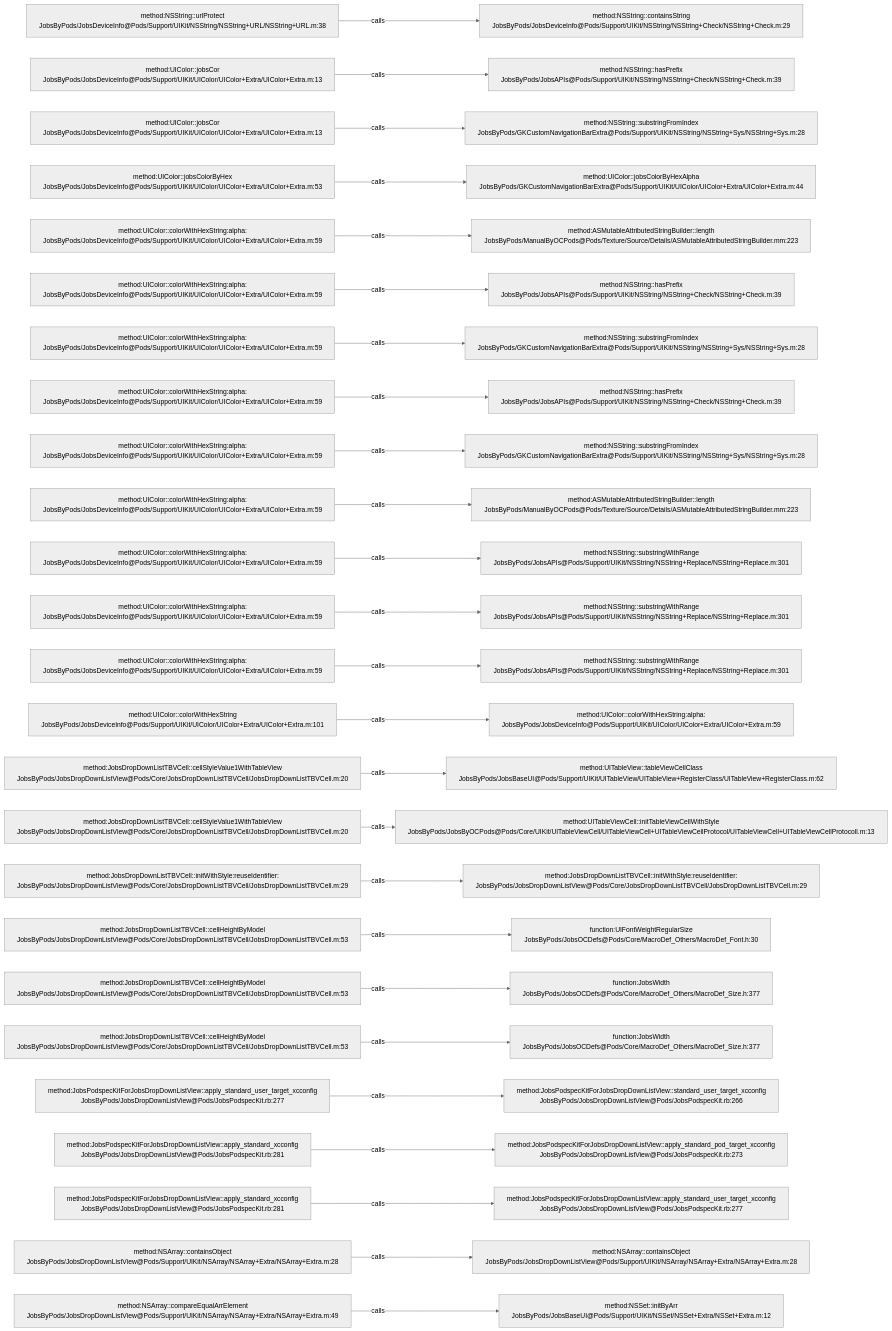
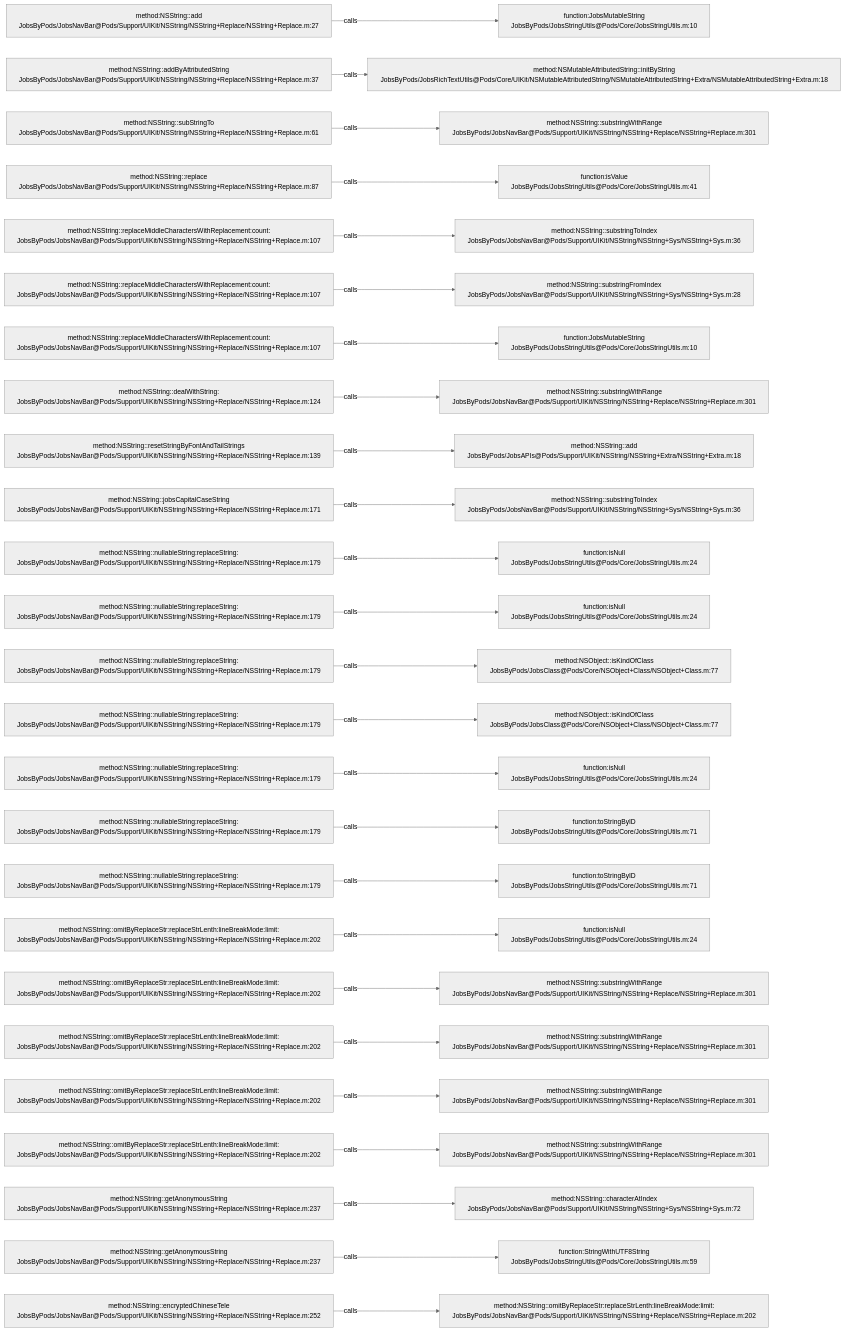
Before and after one commit to JobsKits/JobsOCBaseConfigDemo: the diagram in .codegraph/codegraph.md/graphs/calls-120.md, drawn with Mermaid (neutral theme). The commit also changed 1026 other files, not shown here.

````diff
--- a/.codegraph/codegraph.md/graphs/calls-120.md
+++ b/.codegraph/codegraph.md/graphs/calls-120.md
@@ -13,78 +13,78 @@
 ```mermaid
 flowchart LR
-  S1["method:NSString::urlProtect<br/>JobsByPods/JobsDeviceInfo@Pods/Support/UIKit/NSString/NSString+URL/NSString+URL.m:38"]
-  T1["method:NSString::containsString<br/>JobsByPods/JobsDeviceInfo@Pods/Support/UIKit/NSString/NSString+Check/NSString+Check.m:29"]
+  S1["method:NSString::add<br/>JobsByPods/JobsNavBar@Pods/Support/UIKit/NSString/NSString+Replace/NSString+Replace.m:27"]
+  T1["function:JobsMutableString<br/>JobsByPods/JobsStringUtils@Pods/Core/JobsStringUtils.m:10"]
   S1 -->|calls| T1
-  S2["method:UIColor::jobsCor<br/>JobsByPods/JobsDeviceInfo@Pods/Support/UIKit/UIColor/UIColor+Extra/UIColor+Extra.m:13"]
-  T2["method:NSString::hasPrefix<br/>JobsByPods/JobsAPIs@Pods/Support/UIKit/NSString/NSString+Check/NSString+Check.m:39"]
+  S2["method:NSString::addByAttributedString<br/>JobsByPods/JobsNavBar@Pods/Support/UIKit/NSString/NSString+Replace/NSString+Replace.m:37"]
+  T2["method:NSMutableAttributedString::initByString<br/>JobsByPods/JobsRichTextUtils@Pods/Core/UIKit/NSMutableAttributedString/NSMutableAttributedString+Extra/NSMutableAttributedString+Extra.m:18"]
   S2 -->|calls| T2
-  S3["method:UIColor::jobsCor<br/>JobsByPods/JobsDeviceInfo@Pods/Support/UIKit/UIColor/UIColor+Extra/UIColor+Extra.m:13"]
-  T3["method:NSString::substringFromIndex<br/>JobsByPods/GKCustomNavigationBarExtra@Pods/Support/UIKit/NSString/NSString+Sys/NSString+Sys.m:28"]
+  S3["method:NSString::subStringTo<br/>JobsByPods/JobsNavBar@Pods/Support/UIKit/NSString/NSString+Replace/NSString+Replace.m:61"]
+  T3["method:NSString::substringWithRange<br/>JobsByPods/JobsNavBar@Pods/Support/UIKit/NSString/NSString+Replace/NSString+Replace.m:301"]
   S3 -->|calls| T3
-  S4["method:UIColor::jobsColorByHex<br/>JobsByPods/JobsDeviceInfo@Pods/Support/UIKit/UIColor/UIColor+Extra/UIColor+Extra.m:53"]
-  T4["method:UIColor::jobsColorByHexAlpha<br/>JobsByPods/GKCustomNavigationBarExtra@Pods/Support/UIKit/UIColor/UIColor+Extra/UIColor+Extra.m:44"]
+  S4["method:NSString::replace<br/>JobsByPods/JobsNavBar@Pods/Support/UIKit/NSString/NSString+Replace/NSString+Replace.m:87"]
+  T4["function:isValue<br/>JobsByPods/JobsStringUtils@Pods/Core/JobsStringUtils.m:41"]
   S4 -->|calls| T4
-  S5["method:UIColor::colorWithHexString:alpha:<br/>JobsByPods/JobsDeviceInfo@Pods/Support/UIKit/UIColor/UIColor+Extra/UIColor+Extra.m:59"]
-  T5["method:ASMutableAttributedStringBuilder::length<br/>JobsByPods/ManualByOCPods@Pods/Texture/Source/Details/ASMutableAttributedStringBuilder.mm:223"]
+  S5["method:NSString::replaceMiddleCharactersWithReplacement:count:<br/>JobsByPods/JobsNavBar@Pods/Support/UIKit/NSString/NSString+Replace/NSString+Replace.m:107"]
+  T5["method:NSString::substringToIndex<br/>JobsByPods/JobsNavBar@Pods/Support/UIKit/NSString/NSString+Sys/NSString+Sys.m:36"]
   S5 -->|calls| T5
-  S6["method:UIColor::colorWithHexString:alpha:<br/>JobsByPods/JobsDeviceInfo@Pods/Support/UIKit/UIColor/UIColor+Extra/UIColor+Extra.m:59"]
-  T6["method:NSString::hasPrefix<br/>JobsByPods/JobsAPIs@Pods/Support/UIKit/NSString/NSString+Check/NSString+Check.m:39"]
+  S6["method:NSString::replaceMiddleCharactersWithReplacement:count:<br/>JobsByPods/JobsNavBar@Pods/Support/UIKit/NSString/NSString+Replace/NSString+Replace.m:107"]
+  T6["method:NSString::substringFromIndex<br/>JobsByPods/JobsNavBar@Pods/Support/UIKit/NSString/NSString+Sys/NSString+Sys.m:28"]
   S6 -->|calls| T6
-  S7["method:UIColor::colorWithHexString:alpha:<br/>JobsByPods/JobsDeviceInfo@Pods/Support/UIKit/UIColor/UIColor+Extra/UIColor+Extra.m:59"]
-  T7["method:NSString::substringFromIndex<br/>JobsByPods/GKCustomNavigationBarExtra@Pods/Support/UIKit/NSString/NSString+Sys/NSString+Sys.m:28"]
+  S7["method:NSString::replaceMiddleCharactersWithReplacement:count:<br/>JobsByPods/JobsNavBar@Pods/Support/UIKit/NSString/NSString+Replace/NSString+Replace.m:107"]
+  T7["function:JobsMutableString<br/>JobsByPods/JobsStringUtils@Pods/Core/JobsStringUtils.m:10"]
   S7 -->|calls| T7
-  S8["method:UIColor::colorWithHexString:alpha:<br/>JobsByPods/JobsDeviceInfo@Pods/Support/UIKit/UIColor/UIColor+Extra/UIColor+Extra.m:59"]
-  T8["method:NSString::hasPrefix<br/>JobsByPods/JobsAPIs@Pods/Support/UIKit/NSString/NSString+Check/NSString+Check.m:39"]
+  S8["method:NSString::dealWithString:<br/>JobsByPods/JobsNavBar@Pods/Support/UIKit/NSString/NSString+Replace/NSString+Replace.m:124"]
+  T8["method:NSString::substringWithRange<br/>JobsByPods/JobsNavBar@Pods/Support/UIKit/NSString/NSString+Replace/NSString+Replace.m:301"]
   S8 -->|calls| T8
-  S9["method:UIColor::colorWithHexString:alpha:<br/>JobsByPods/JobsDeviceInfo@Pods/Support/UIKit/UIColor/UIColor+Extra/UIColor+Extra.m:59"]
-  T9["method:NSString::substringFromIndex<br/>JobsByPods/GKCustomNavigationBarExtra@Pods/Support/UIKit/NSString/NSString+Sys/NSString+Sys.m:28"]
+  S9["method:NSString::resetStringByFontAndTailStrings<br/>JobsByPods/JobsNavBar@Pods/Support/UIKit/NSString/NSString+Replace/NSString+Replace.m:139"]
+  T9["method:NSString::add<br/>JobsByPods/JobsAPIs@Pods/Support/UIKit/NSString/NSString+Extra/NSString+Extra.m:18"]
   S9 -->|calls| T9
-  S10["method:UIColor::colorWithHexString:alpha:<br/>JobsByPods/JobsDeviceInfo@Pods/Support/UIKit/UIColor/UIColor+Extra/UIColor+Extra.m:59"]
-  T10["method:ASMutableAttributedStringBuilder::length<br/>JobsByPods/ManualByOCPods@Pods/Texture/Source/Details/ASMutableAttributedStringBuilder.mm:223"]
+  S10["method:NSString::jobsCapitalCaseString<br/>JobsByPods/JobsNavBar@Pods/Support/UIKit/NSString/NSString+Replace/NSString+Replace.m:171"]
+  T10["method:NSString::substringToIndex<br/>JobsByPods/JobsNavBar@Pods/Support/UIKit/NSString/NSString+Sys/NSString+Sys.m:36"]
   S10 -->|calls| T10
-  S11["method:UIColor::colorWithHexString:alpha:<br/>JobsByPods/JobsDeviceInfo@Pods/Support/UIKit/UIColor/UIColor+Extra/UIColor+Extra.m:59"]
-  T11["method:NSString::substringWithRange<br/>JobsByPods/JobsAPIs@Pods/Support/UIKit/NSString/NSString+Replace/NSString+Replace.m:301"]
+  S11["method:NSString::nullableString:replaceString:<br/>JobsByPods/JobsNavBar@Pods/Support/UIKit/NSString/NSString+Replace/NSString+Replace.m:179"]
+  T11["function:isNull<br/>JobsByPods/JobsStringUtils@Pods/Core/JobsStringUtils.m:24"]
   S11 -->|calls| T11
-  S12["method:UIColor::colorWithHexString:alpha:<br/>JobsByPods/JobsDeviceInfo@Pods/Support/UIKit/UIColor/UIColor+Extra/UIColor+Extra.m:59"]
-  T12["method:NSString::substringWithRange<br/>JobsByPods/JobsAPIs@Pods/Support/UIKit/NSString/NSString+Replace/NSString+Replace.m:301"]
+  S12["method:NSString::nullableString:replaceString:<br/>JobsByPods/JobsNavBar@Pods/Support/UIKit/NSString/NSString+Replace/NSString+Replace.m:179"]
+  T12["function:isNull<br/>JobsByPods/JobsStringUtils@Pods/Core/JobsStringUtils.m:24"]
   S12 -->|calls| T12
-  S13["method:UIColor::colorWithHexString:alpha:<br/>JobsByPods/JobsDeviceInfo@Pods/Support/UIKit/UIColor/UIColor+Extra/UIColor+Extra.m:59"]
-  T13["method:NSString::substringWithRange<br/>JobsByPods/JobsAPIs@Pods/Support/UIKit/NSString/NSString+Replace/NSString+Replace.m:301"]
+  S13["method:NSString::nullableString:replaceString:<br/>JobsByPods/JobsNavBar@Pods/Support/UIKit/NSString/NSString+Replace/NSString+Replace.m:179"]
+  T13["method:NSObject::isKindOfClass<br/>JobsByPods/JobsClass@Pods/Core/NSObject+Class/NSObject+Class.m:77"]
   S13 -->|calls| T13
-  S14["method:UIColor::colorWithHexString<br/>JobsByPods/JobsDeviceInfo@Pods/Support/UIKit/UIColor/UIColor+Extra/UIColor+Extra.m:101"]
-  T14["method:UIColor::colorWithHexString:alpha:<br/>JobsByPods/JobsDeviceInfo@Pods/Support/UIKit/UIColor/UIColor+Extra/UIColor+Extra.m:59"]
+  S14["method:NSString::nullableString:replaceString:<br/>JobsByPods/JobsNavBar@Pods/Support/UIKit/NSString/NSString+Replace/NSString+Replace.m:179"]
+  T14["method:NSObject::isKindOfClass<br/>JobsByPods/JobsClass@Pods/Core/NSObject+Class/NSObject+Class.m:77"]
   S14 -->|calls| T14
-  S15["method:JobsDropDownListTBVCell::cellStyleValue1WithTableView<br/>JobsByPods/JobsDropDownListView@Pods/Core/JobsDropDownListTBVCell/JobsDropDownListTBVCell.m:20"]
-  T15["method:UITableView::tableViewCellClass<br/>JobsByPods/JobsBaseUI@Pods/Support/UIKit/UITableView/UITableView+RegisterClass/UITableView+RegisterClass.m:62"]
+  S15["method:NSString::nullableString:replaceString:<br/>JobsByPods/JobsNavBar@Pods/Support/UIKit/NSString/NSString+Replace/NSString+Replace.m:179"]
+  T15["function:isNull<br/>JobsByPods/JobsStringUtils@Pods/Core/JobsStringUtils.m:24"]
   S15 -->|calls| T15
-  S16["method:JobsDropDownListTBVCell::cellStyleValue1WithTableView<br/>JobsByPods/JobsDropDownListView@Pods/Core/JobsDropDownListTBVCell/JobsDropDownListTBVCell.m:20"]
-  T16["method:UITableViewCell::initTableViewCellWithStyle<br/>JobsByPods/JobsByOCPods@Pods/Core/UIKit/UITableViewCell/UITableViewCell+UITableViewCellProtocol/UITableViewCell+UITableViewCellProtocoll.m:13"]
+  S16["method:NSString::nullableString:replaceString:<br/>JobsByPods/JobsNavBar@Pods/Support/UIKit/NSString/NSString+Replace/NSString+Replace.m:179"]
+  T16["function:toStringByID<br/>JobsByPods/JobsStringUtils@Pods/Core/JobsStringUtils.m:71"]
   S16 -->|calls| T16
-  S17["method:JobsDropDownListTBVCell::initWithStyle:reuseIdentifier:<br/>JobsByPods/JobsDropDownListView@Pods/Core/JobsDropDownListTBVCell/JobsDropDownListTBVCell.m:29"]
-  T17["method:JobsDropDownListTBVCell::initWithStyle:reuseIdentifier:<br/>JobsByPods/JobsDropDownListView@Pods/Core/JobsDropDownListTBVCell/JobsDropDownListTBVCell.m:29"]
+  S17["method:NSString::nullableString:replaceString:<br/>JobsByPods/JobsNavBar@Pods/Support/UIKit/NSString/NSString+Replace/NSString+Replace.m:179"]
+  T17["function:toStringByID<br/>JobsByPods/JobsStringUtils@Pods/Core/JobsStringUtils.m:71"]
   S17 -->|calls| T17
-  S18["method:JobsDropDownListTBVCell::cellHeightByModel<br/>JobsByPods/JobsDropDownListView@Pods/Core/JobsDropDownListTBVCell/JobsDropDownListTBVCell.m:53"]
-  T18["function:UIFontWeightRegularSize<br/>JobsByPods/JobsOCDefs@Pods/Core/MacroDef_Others/MacroDef_Font.h:30"]
+  S18["method:NSString::omitByReplaceStr:replaceStrLenth:lineBreakMode:limit:<br/>JobsByPods/JobsNavBar@Pods/Support/UIKit/NSString/NSString+Replace/NSString+Replace.m:202"]
+  T18["function:isNull<br/>JobsByPods/JobsStringUtils@Pods/Core/JobsStringUtils.m:24"]
   S18 -->|calls| T18
-  S19["method:JobsDropDownListTBVCell::cellHeightByModel<br/>JobsByPods/JobsDropDownListView@Pods/Core/JobsDropDownListTBVCell/JobsDropDownListTBVCell.m:53"]
-  T19["function:JobsWidth<br/>JobsByPods/JobsOCDefs@Pods/Core/MacroDef_Others/MacroDef_Size.h:377"]
+  S19["method:NSString::omitByReplaceStr:replaceStrLenth:lineBreakMode:limit:<br/>JobsByPods/JobsNavBar@Pods/Support/UIKit/NSString/NSString+Replace/NSString+Replace.m:202"]
+  T19["method:NSString::substringWithRange<br/>JobsByPods/JobsNavBar@Pods/Support/UIKit/NSString/NSString+Replace/NSString+Replace.m:301"]
   S19 -->|calls| T19
-  S20["method:JobsDropDownListTBVCell::cellHeightByModel<br/>JobsByPods/JobsDropDownListView@Pods/Core/JobsDropDownListTBVCell/JobsDropDownListTBVCell.m:53"]
-  T20["function:JobsWidth<br/>JobsByPods/JobsOCDefs@Pods/Core/MacroDef_Others/MacroDef_Size.h:377"]
+  S20["method:NSString::omitByReplaceStr:replaceStrLenth:lineBreakMode:limit:<br/>JobsByPods/JobsNavBar@Pods/Support/UIKit/NSString/NSString+Replace/NSString+Replace.m:202"]
+  T20["method:NSString::substringWithRange<br/>JobsByPods/JobsNavBar@Pods/Support/UIKit/NSString/NSString+Replace/NSString+Replace.m:301"]
   S20 -->|calls| T20
-  S21["method:JobsPodspecKitForJobsDropDownListView::apply_standard_user_target_xcconfig<br/>JobsByPods/JobsDropDownListView@Pods/JobsPodspecKit.rb:277"]
-  T21["method:JobsPodspecKitForJobsDropDownListView::standard_user_target_xcconfig<br/>JobsByPods/JobsDropDownListView@Pods/JobsPodspecKit.rb:266"]
+  S21["method:NSString::omitByReplaceStr:replaceStrLenth:lineBreakMode:limit:<br/>JobsByPods/JobsNavBar@Pods/Support/UIKit/NSString/NSString+Replace/NSString+Replace.m:202"]
+  T21["method:NSString::substringWithRange<br/>JobsByPods/JobsNavBar@Pods/Support/UIKit/NSString/NSString+Replace/NSString+Replace.m:301"]
   S21 -->|calls| T21
-  S22["method:JobsPodspecKitForJobsDropDownListView::apply_standard_xcconfig<br/>JobsByPods/JobsDropDownListView@Pods/JobsPodspecKit.rb:281"]
-  T22["method:JobsPodspecKitForJobsDropDownListView::apply_standard_pod_target_xcconfig<br/>JobsByPods/JobsDropDownListView@Pods/JobsPodspecKit.rb:273"]
+  S22["method:NSString::omitByReplaceStr:replaceStrLenth:lineBreakMode:limit:<br/>JobsByPods/JobsNavBar@Pods/Support/UIKit/NSString/NSString+Replace/NSString+Replace.m:202"]
+  T22["method:NSString::substringWithRange<br/>JobsByPods/JobsNavBar@Pods/Support/UIKit/NSString/NSString+Replace/NSString+Replace.m:301"]
   S22 -->|calls| T22
-  S23["method:JobsPodspecKitForJobsDropDownListView::apply_standard_xcconfig<br/>JobsByPods/JobsDropDownListView@Pods/JobsPodspecKit.rb:281"]
-  T23["method:JobsPodspecKitForJobsDropDownListView::apply_standard_user_target_xcconfig<br/>JobsByPods/JobsDropDownListView@Pods/JobsPodspecKit.rb:277"]
+  S23["method:NSString::getAnonymousString<br/>JobsByPods/JobsNavBar@Pods/Support/UIKit/NSString/NSString+Replace/NSString+Replace.m:237"]
+  T23["method:NSString::characterAtIndex<br/>JobsByPods/JobsNavBar@Pods/Support/UIKit/NSString/NSString+Sys/NSString+Sys.m:72"]
   S23 -->|calls| T23
-  S24["method:NSArray::containsObject<br/>JobsByPods/JobsDropDownListView@Pods/Support/UIKit/NSArray/NSArray+Extra/NSArray+Extra.m:28"]
-  T24["method:NSArray::containsObject<br/>JobsByPods/JobsDropDownListView@Pods/Support/UIKit/NSArray/NSArray+Extra/NSArray+Extra.m:28"]
+  S24["method:NSString::getAnonymousString<br/>JobsByPods/JobsNavBar@Pods/Support/UIKit/NSString/NSString+Replace/NSString+Replace.m:237"]
+  T24["function:StringWithUTF8String<br/>JobsByPods/JobsStringUtils@Pods/Core/JobsStringUtils.m:59"]
   S24 -->|calls| T24
-  S25["method:NSArray::compareEqualArrElement<br/>JobsByPods/JobsDropDownListView@Pods/Support/UIKit/NSArray/NSArray+Extra/NSArray+Extra.m:49"]
-  T25["method:NSSet::initByArr<br/>JobsByPods/JobsBaseUI@Pods/Support/UIKit/NSSet/NSSet+Extra/NSSet+Extra.m:12"]
+  S25["method:NSString::encryptedChineseTele<br/>JobsByPods/JobsNavBar@Pods/Support/UIKit/NSString/NSString+Replace/NSString+Replace.m:252"]
+  T25["method:NSString::omitByReplaceStr:replaceStrLenth:lineBreakMode:limit:<br/>JobsByPods/JobsNavBar@Pods/Support/UIKit/NSString/NSString+Replace/NSString+Replace.m:202"]
   S25 -->|calls| T25
 ```
````
